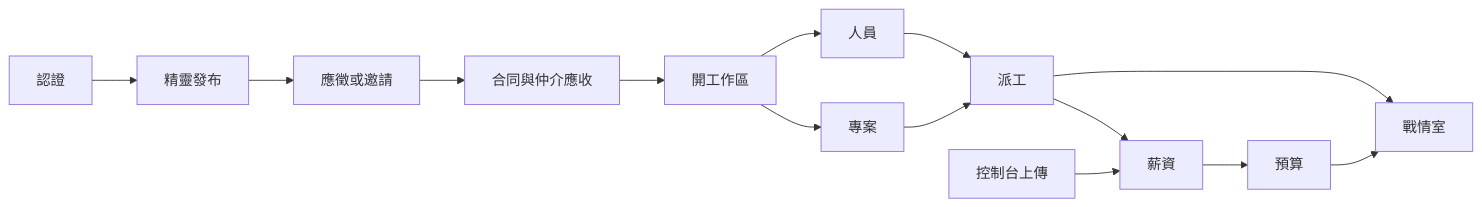
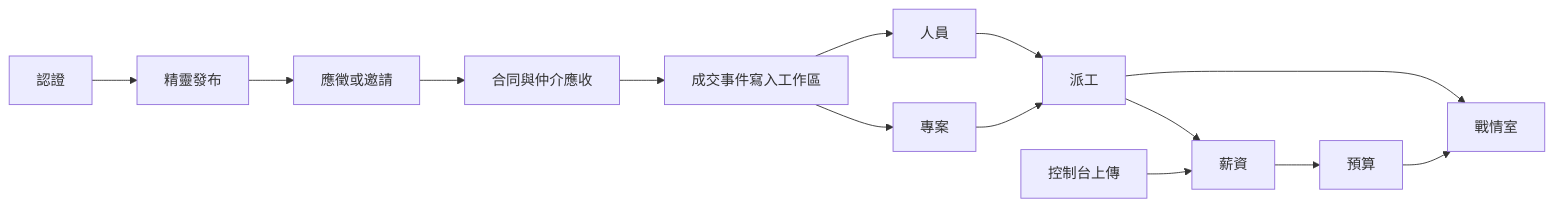
The diagram in docs/product/prd.md (sjvann/AI_Project_Console), drawn with Mermaid before and after one commit. The commit also changed other lines of this file and 31 other files, not shown here.

````diff
--- a/docs/product/prd.md
+++ b/docs/product/prd.md
@@ -104,16 +131,16 @@
 ```mermaid
 flowchart LR
   Kyc[認證] --> Publish[精靈發布]
   Publish --> Match[應徵或邀請]
   Match --> Contract[合同與仲介應收]
-  Contract --> Ws[開工作區]
+  Contract --> Ws[成交事件寫入工作區]
   Ws --> People[人員]
   People --> Dispatch[派工]
   Ws --> Projects[專案]
   Projects --> Dispatch
   Dispatch --> Payroll[薪資]
   ConsoleUp[控制台上傳] --> Payroll
   Payroll --> Budget[預算]
   Dispatch --> War[戰情室]
   Budget --> War
 ```
````
